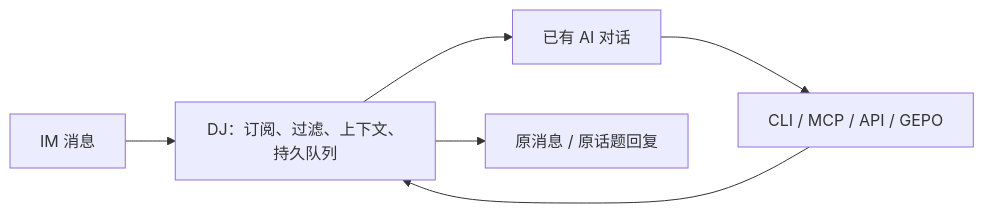
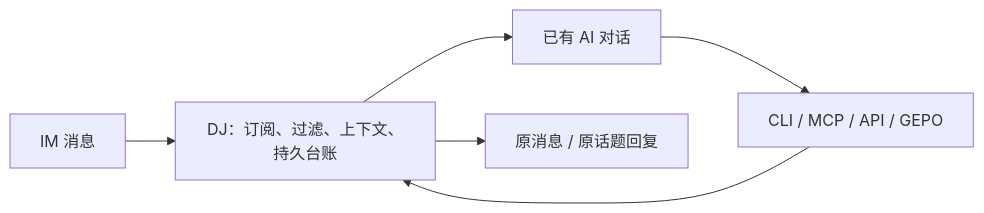
The diagram in README.md (liuchong/dj), drawn with Mermaid before and after one commit. The commit also changed other lines of this file and 12 other files, not shown here.

````diff
--- a/README.md
+++ b/README.md
@@ -28,8 +29,8 @@
 ```mermaid
 flowchart LR
-  IM[IM 消息] --> DJ[DJ：订阅、过滤、上下文、持久队列]
+  IM[IM 消息] --> DJ[DJ：订阅、过滤、上下文、持久台账]
   DJ --> Agent[已有 AI 对话]
   Agent --> API[CLI / MCP / API / GEPO]
   API --> DJ
   DJ --> Reply[原消息 / 原话题回复]
 ```
````
